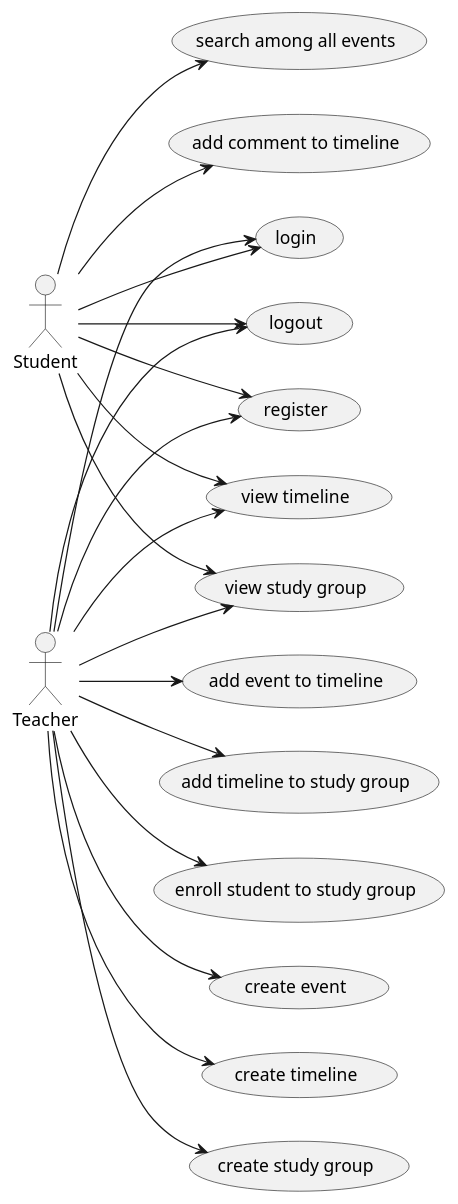
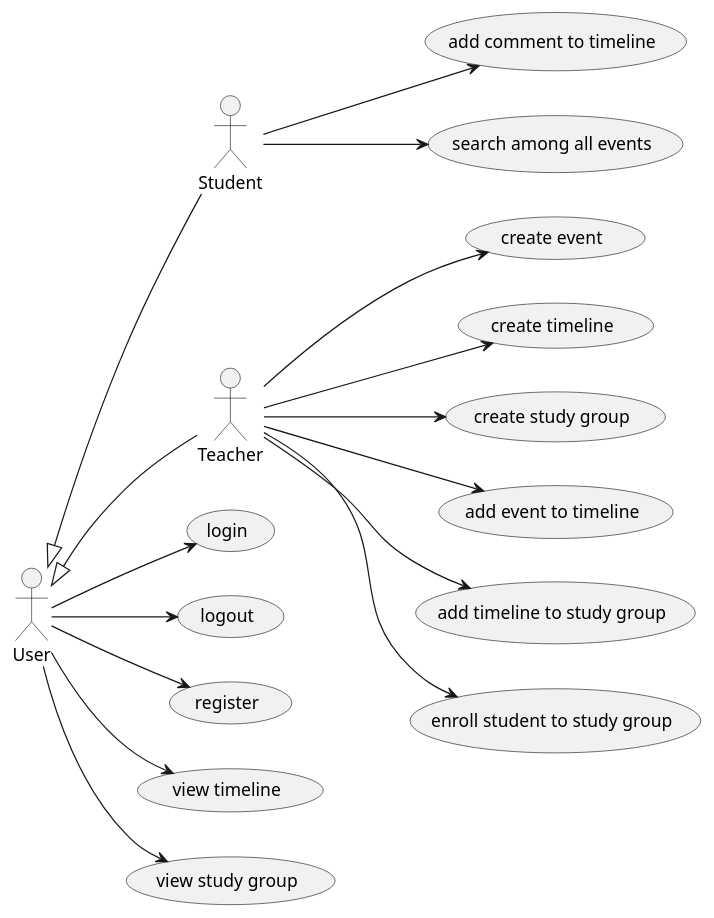
The first of 2 diagrams in README.org (kuhy/historical-timeline), drawn with PlantUML before and after one commit. The commit also changed other lines of this file and 1 other file, not shown here.

Commit message:
Use inheritance between actors in use-case diagram

```diff
--- a/README.org
+++ b/README.org
@@ -91,29 +90,26 @@
   #+BEGIN_SRC plantuml :file images/use-case_diagram.svg :exports results
-  left to right direction
+    left to right direction
 
-  actor Student
-  actor Teacher
+    actor User
+    actor Student
+    actor Teacher
 
-  Student --> (add comment to timeline)
-  Student --> (search among all events)
+    User <|-- Student
+    User <|-- Teacher
 
-  Student --> (login)
-  Student --> (logout)
-  Student --> (register)
-  Student --> (view timeline)
-  Student --> (view study group)
+    User --> (login)
+    User --> (logout)
+    User --> (register)
+    User --> (view timeline)
+    User --> (view study group)
 
-  Teacher --> (login)
-  Teacher --> (logout)
-  Teacher --> (register)
-  Teacher --> (view timeline)
-  Teacher --> (view study group)
+    Student --> (add comment to timeline)
+    Student --> (search among all events)
 
-  Teacher --> (create event)
-  Teacher --> (create timeline)
-  Teacher --> (create study group)
-
-  Teacher --> (add event to timeline)
-  Teacher --> (add timeline to study group)
-  Teacher --> (enroll student to study group)
+    Teacher --> (create event)
+    Teacher --> (create timeline)
+    Teacher --> (create study group)
+    Teacher --> (add event to timeline)
+    Teacher --> (add timeline to study group)
+    Teacher --> (enroll student to study group)
   #+END_SRC
```
